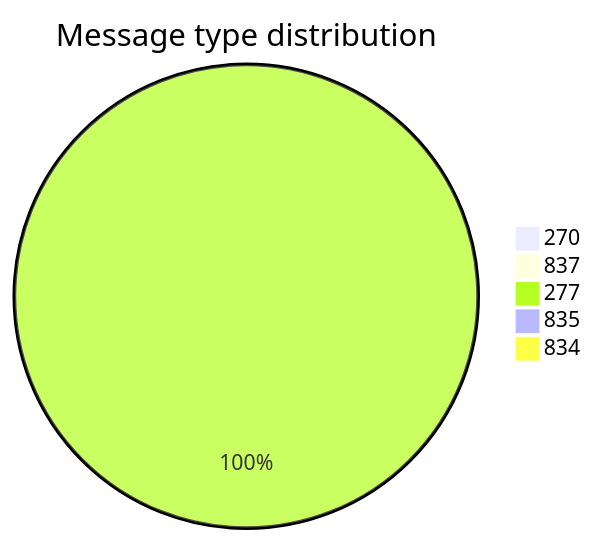
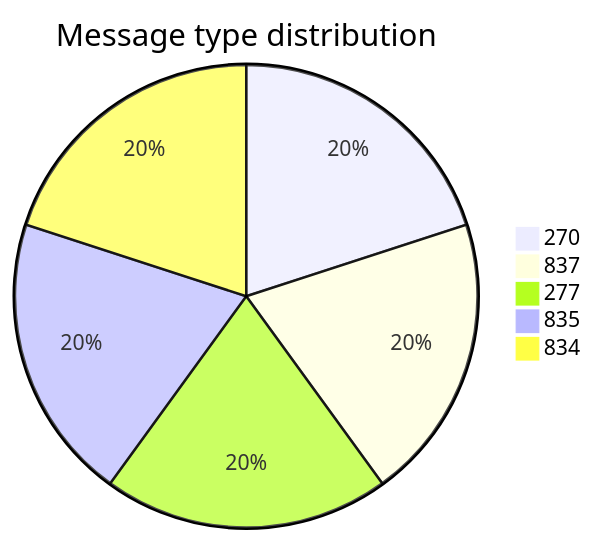
Before and after one commit to dhagan-va/intern-2025: the second of 11 diagrams in test-tools/DataGen/src/Statistics_Visualizer.md, drawn with Mermaid. The commit also changed other lines of this file and 2 other files, not shown here.

````diff
--- a/test-tools/DataGen/src/Statistics_Visualizer.md
+++ b/test-tools/DataGen/src/Statistics_Visualizer.md
@@ -28,8 +28,8 @@
 ```mermaid
 pie title Message type distribution
-    "270" : 0
-    "837" : 0
-    "277" : 60
-    "835" : 0
-    "834" : 0
+    "270" : 5821
+    "837" : 5821
+    "277" : 5821
+    "835" : 5821
+    "834" : 5821
 ```
````
